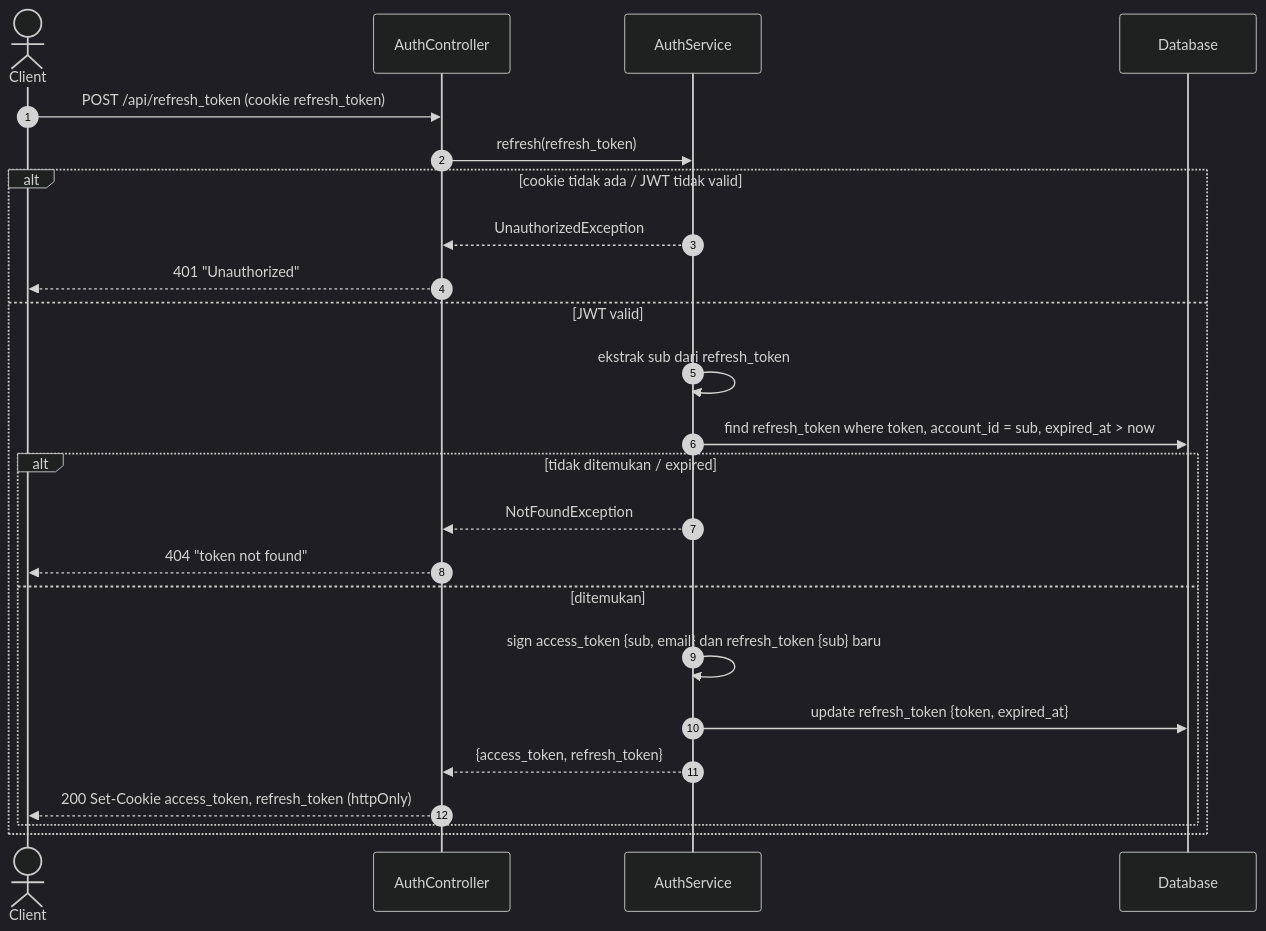
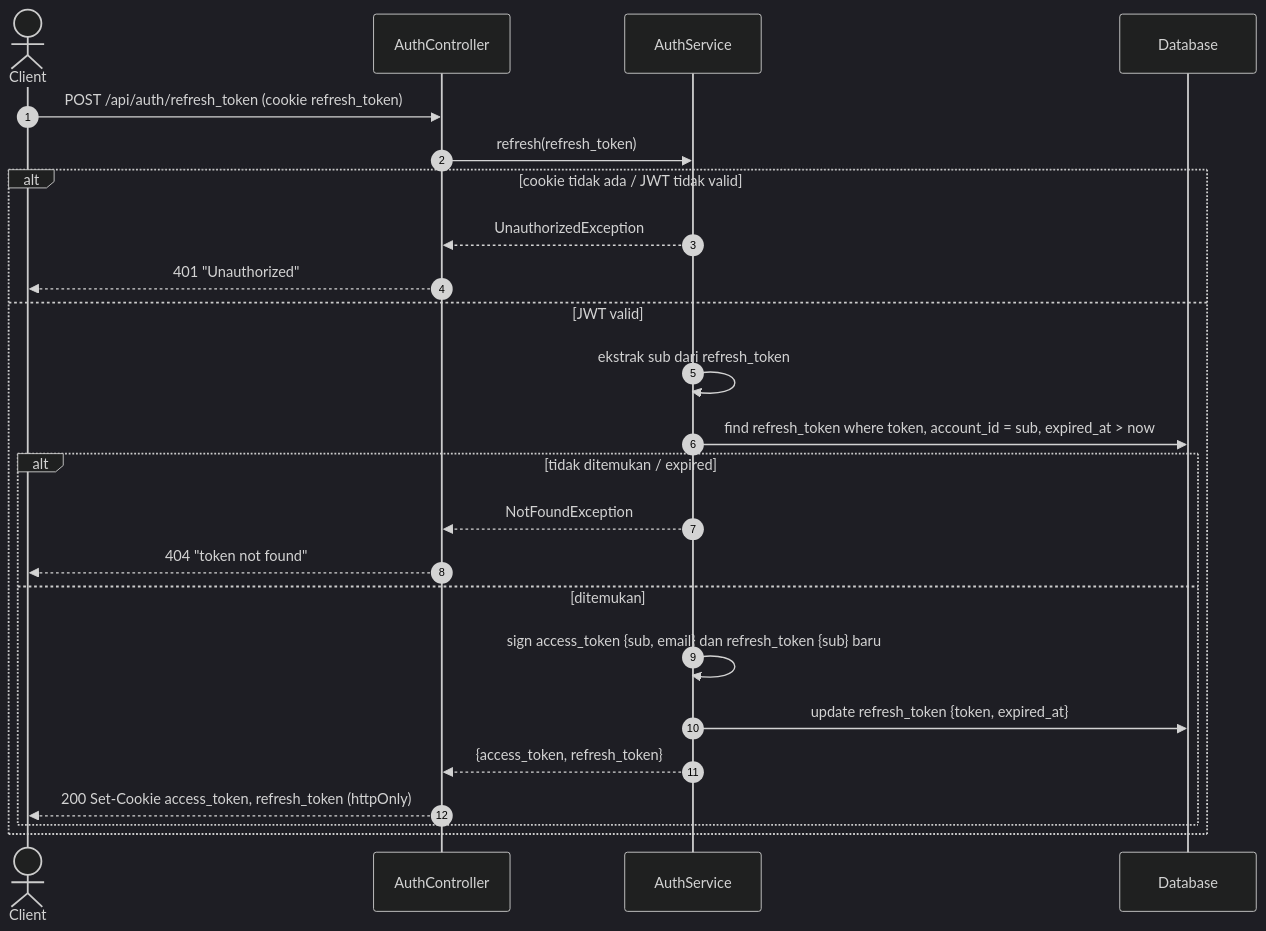
One commit to dimstyle/ruang-baca changed the diagram in docs/uml/src/diagrams/list-diagrams/sequence-refresh-token.mmd. Above: the diagram before and after it, drawn with Mermaid (dark theme). The commit also changed 6 other files, not shown here.

Commit message:
fix(auth): move routes under /api/auth and restrict registration to admin

```diff
--- a/docs/uml/src/diagrams/list-diagrams/sequence-refresh-token.mmd
+++ b/docs/uml/src/diagrams/list-diagrams/sequence-refresh-token.mmd
@@ -1,25 +1,25 @@
 sequenceDiagram
     autonumber
     actor C as Client
     participant AC as AuthController
     participant AS as AuthService
     participant DB as Database
 
-    C->>AC: POST /api/refresh_token (cookie refresh_token)
+    C->>AC: POST /api/auth/refresh_token (cookie refresh_token)
     AC->>AS: refresh(refresh_token)
     alt cookie tidak ada / JWT tidak valid
         AS-->>AC: UnauthorizedException
         AC-->>C: 401 "Unauthorized"
     else JWT valid
         AS->>AS: ekstrak sub dari refresh_token
         AS->>DB: find refresh_token where token, account_id = sub, expired_at > now
         alt tidak ditemukan / expired
             AS-->>AC: NotFoundException
             AC-->>C: 404 "token not found"
         else ditemukan
             AS->>AS: sign access_token {sub, email} dan refresh_token {sub} baru
             AS->>DB: update refresh_token {token, expired_at}
             AS-->>AC: {access_token, refresh_token}
             AC-->>C: 200 Set-Cookie access_token, refresh_token (httpOnly)
         end
     end
```
